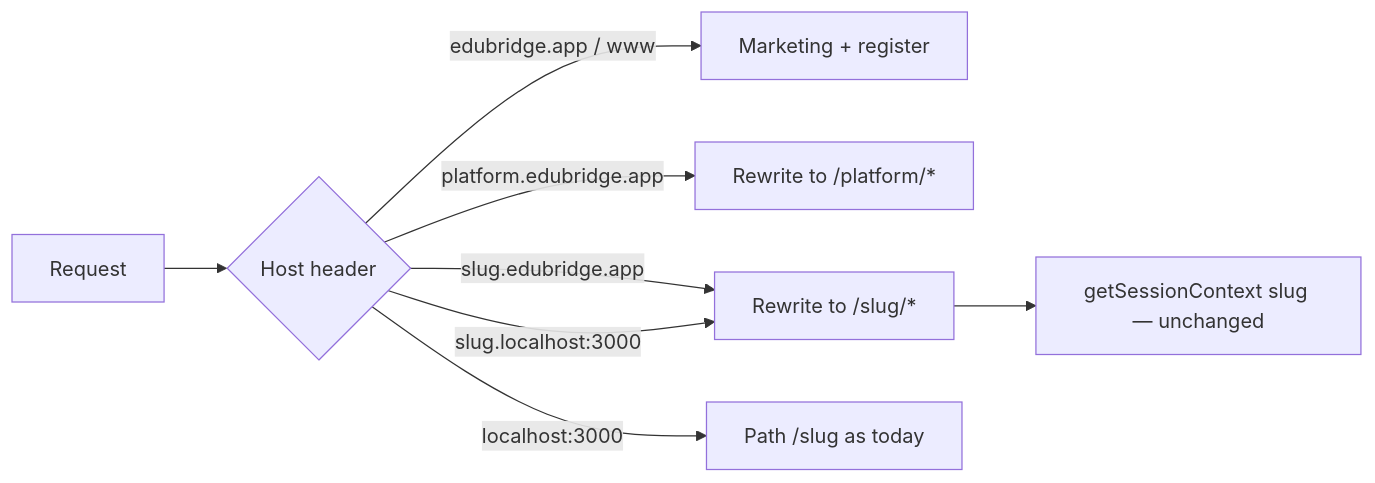
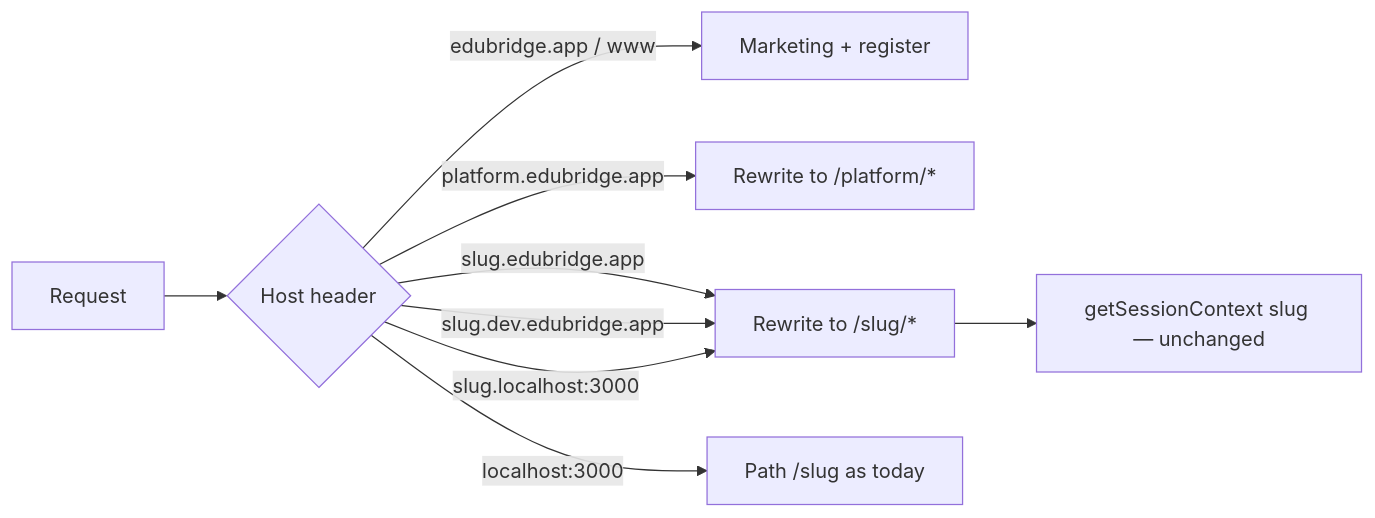
One commit to khedhar108/EduBridgeAI changed the diagram in docs/architecture/workspace-urls.md. Above: the diagram before and after it, drawn with Mermaid. The commit also changed other lines of this file and 160 other files, not shown here.

````diff
--- a/docs/architecture/workspace-urls.md
+++ b/docs/architecture/workspace-urls.md
@@ -81,10 +97,11 @@
 ```mermaid
 flowchart LR
   req[Request] --> host{Host header}
   host -->|"edubridge.app / www"| mkt[Marketing + register]
   host -->|"platform.edubridge.app"| plat["Rewrite to /platform/*"]
   host -->|"slug.edubridge.app"| ws["Rewrite to /slug/*"]
+  host -->|"slug.dev.edubridge.app"| ws
   host -->|"localhost:3000"| path[Path /slug as today]
   host -->|"slug.localhost:3000"| ws
   ws --> sess["getSessionContext slug — unchanged"]
 ```
````
